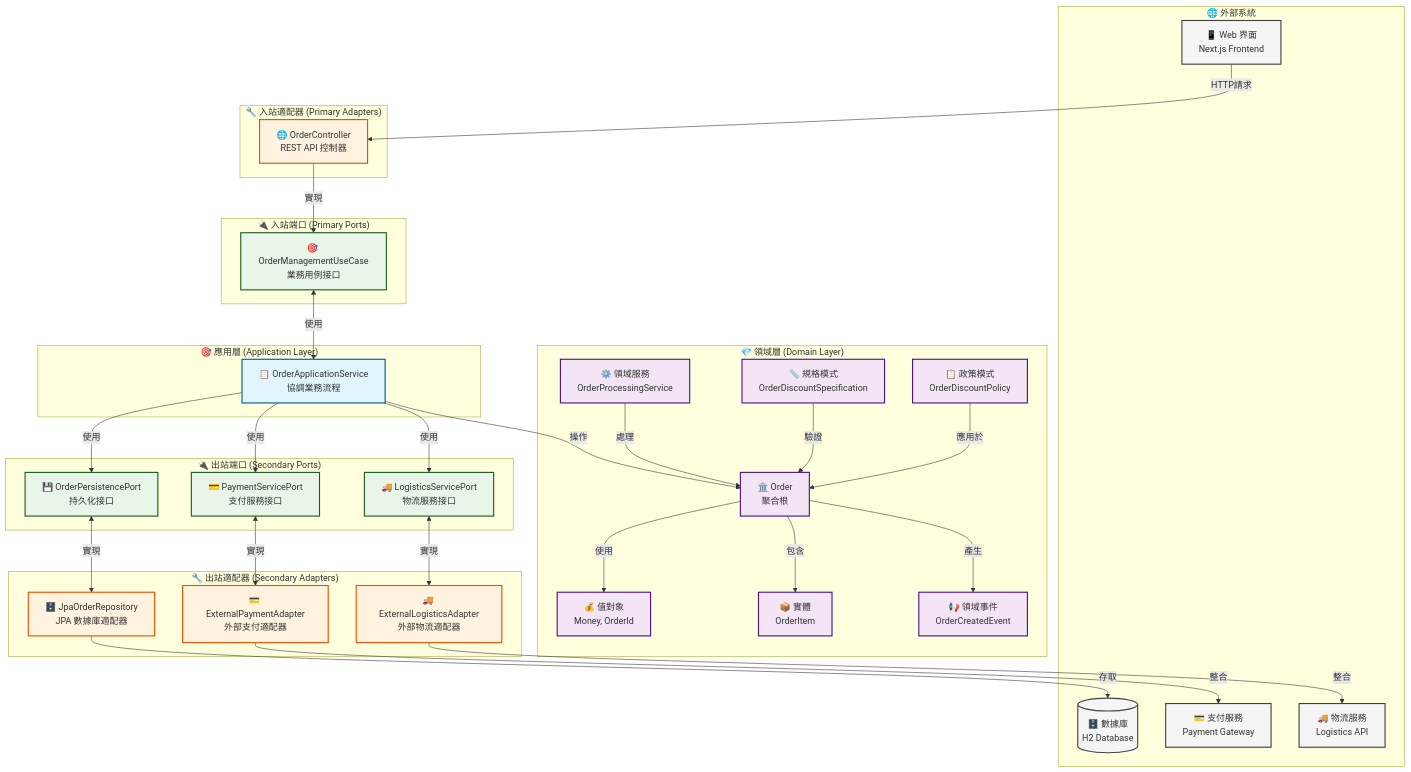
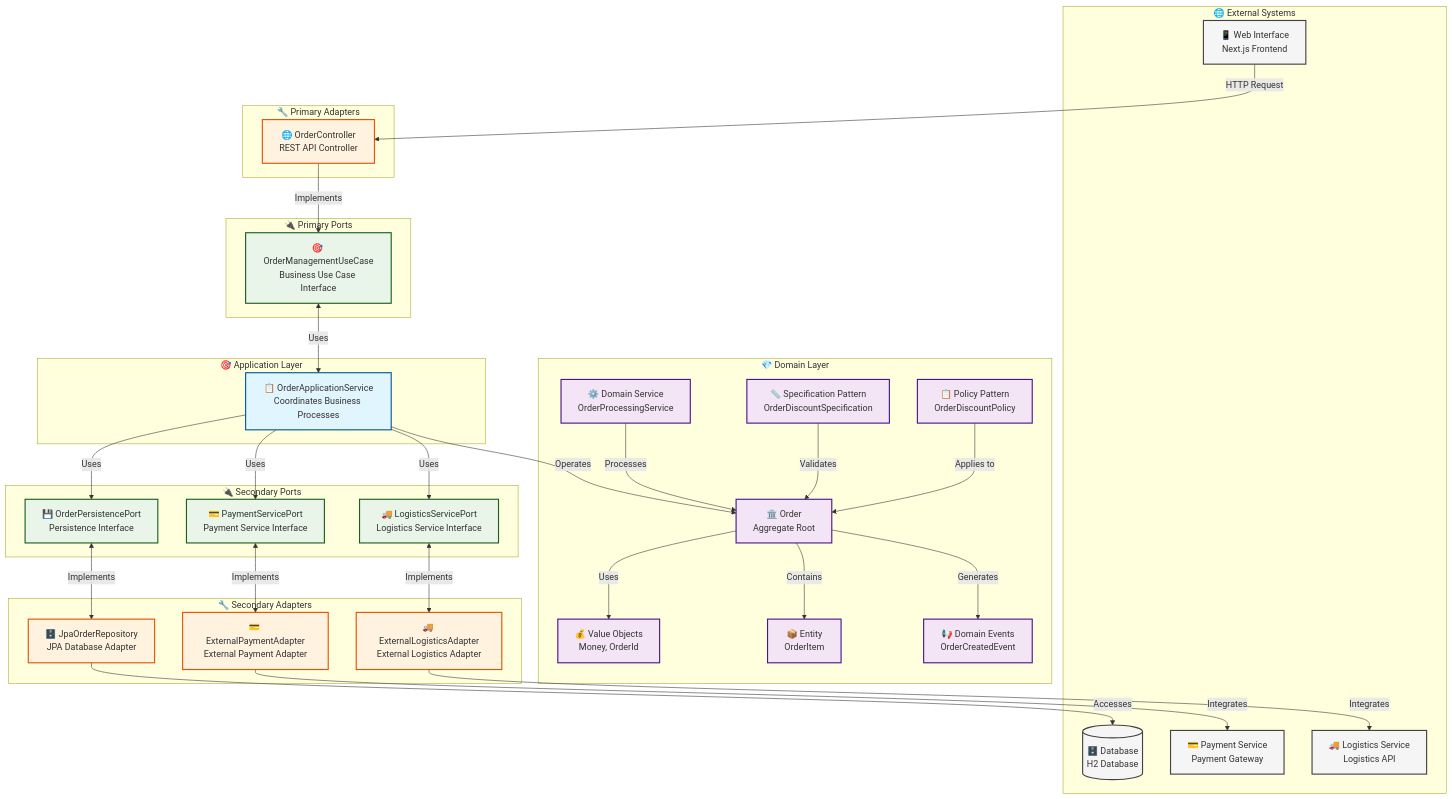
Before and after one commit to humank/genai-demo: the first of 5 diagrams in docs/architecture/overview.md, drawn with Mermaid. The commit also changed other lines of this file and 453 other files, not shown here.

First line of the commit message:
feat: Complete translation of key architecture and API documentation

````diff
--- a/docs/architecture/overview.md
+++ b/docs/architecture/overview.md
@@ -7,78 +7,78 @@
 ```mermaid
 graph TB
-    subgraph 外部系統 ["🌐 外部系統"]
-        UI[📱 Web 界面<br/>Next.js Frontend]
-        DB[(🗄️ 數據庫<br/>H2 Database)]
-        PS[💳 支付服務<br/>Payment Gateway]
-        LS[🚚 物流服務<br/>Logistics API]
+    subgraph 外部系統 ["🌐 External Systems"]
+        UI[📱 Web Interface<br/>Next.js Frontend]
+        DB[(🗄️ Database<br/>H2 Database)]
+        PS[💳 Payment Service<br/>Payment Gateway]
+        LS[🚚 Logistics Service<br/>Logistics API]
     end
     
-    subgraph 應用層 ["🎯 應用層 (Application Layer)"]
-        APPS[📋 OrderApplicationService<br/>協調業務流程]
+    subgraph 應用層 ["🎯 Application Layer"]
+        APPS[📋 OrderApplicationService<br/>Coordinates Business Processes]
     end
     
-    subgraph 領域層 ["💎 領域層 (Domain Layer)"]
-        AGG[🏛️ Order<br/>聚合根]
-        VO[💰 值對象<br/>Money, OrderId]
-        ENT[📦 實體<br/>OrderItem]
-        DOM_EVT[📢 領域事件<br/>OrderCreatedEvent]
-        DOM_SVC[⚙️ 領域服務<br/>OrderProcessingService]
-        SPEC[📏 規格模式<br/>OrderDiscountSpecification]
-        POLICY[📋 政策模式<br/>OrderDiscountPolicy]
+    subgraph 領域層 ["💎 Domain Layer"]
+        AGG[🏛️ Order<br/>Aggregate Root]
+        VO[💰 Value Objects<br/>Money, OrderId]
+        ENT[📦 Entity<br/>OrderItem]
+        DOM_EVT[📢 Domain Events<br/>OrderCreatedEvent]
+        DOM_SVC[⚙️ Domain Service<br/>OrderProcessingService]
+        SPEC[📏 Specification Pattern<br/>OrderDiscountSpecification]
+        POLICY[📋 Policy Pattern<br/>OrderDiscountPolicy]
     end
     
-    subgraph 入站端口 ["🔌 入站端口 (Primary Ports)"]
-        IP[🎯 OrderManagementUseCase<br/>業務用例接口]
+    subgraph 入站端口 ["🔌 Primary Ports"]
+        IP[🎯 OrderManagementUseCase<br/>Business Use Case Interface]
     end
     
-    subgraph 出站端口 ["🔌 出站端口 (Secondary Ports)"]
-        OP1[💾 OrderPersistencePort<br/>持久化接口]
-        OP2[💳 PaymentServicePort<br/>支付服務接口]
-        OP3[🚚 LogisticsServicePort<br/>物流服務接口]
+    subgraph 出站端口 ["🔌 Secondary Ports"]
+        OP1[💾 OrderPersistencePort<br/>Persistence Interface]
+        OP2[💳 PaymentServicePort<br/>Payment Service Interface]
+        OP3[🚚 LogisticsServicePort<br/>Logistics Service Interface]
     end
     
-    subgraph 入站適配器 ["🔧 入站適配器 (Primary Adapters)"]
-        IA[🌐 OrderController<br/>REST API 控制器]
+    subgraph 入站適配器 ["🔧 Primary Adapters"]
+        IA[🌐 OrderController<br/>REST API Controller]
     end
     
-    subgraph 出站適配器 ["🔧 出站適配器 (Secondary Adapters)"]
-        OA1[🗄️ JpaOrderRepository<br/>JPA 數據庫適配器]
-        OA2[💳 ExternalPaymentAdapter<br/>外部支付適配器]
-        OA3[🚚 ExternalLogisticsAdapter<br/>外部物流適配器]
+    subgraph 出站適配器 ["🔧 Secondary Adapters"]
+        OA1[🗄️ JpaOrderRepository<br/>JPA Database Adapter]
+        OA2[💳 ExternalPaymentAdapter<br/>External Payment Adapter]
+        OA3[🚚 ExternalLogisticsAdapter<br/>External Logistics Adapter]
     end
     
-    UI -->|HTTP請求| IA
-    IA -->|實現| IP
-    IP <-->|使用| APPS
-    APPS -->|操作| AGG
-    AGG -->|包含| ENT
-    AGG -->|使用| VO
-    AGG -->|產生| DOM_EVT
-    DOM_SVC -->|處理| AGG
-    SPEC -->|驗證| AGG
-    POLICY -->|應用於| AGG
+    UI -->|HTTP Request| IA
+    IA -->|Implements| IP
+    IP <-->|Uses| APPS
+    APPS -->|Operates| AGG
+    AGG -->|Contains| ENT
+    AGG -->|Uses| VO
+    AGG -->|Generates| DOM_EVT
+    DOM_SVC -->|Processes| AGG
+    SPEC -->|Validates| AGG
+    POLICY -->|Applies to| AGG
     
-    APPS -->|使用| OP1
-    APPS -->|使用| OP2
-    APPS -->|使用| OP3
+    APPS -->|Uses| OP1
+    APPS -->|Uses| OP2
+    APPS -->|Uses| OP3
     
-    OP1 <-->|實現| OA1
-    OP2 <-->|實現| OA2
-    OP3 <-->|實現| OA3
+    OP1 <-->|Implements| OA1
+    OP2 <-->|Implements| OA2
+    OP3 <-->|Implements| OA3
     
-    OA1 -->|存取| DB
-    OA2 -->|整合| PS
-    OA3 -->|整合| LS
+    OA1 -->|Accesses| DB
+    OA2 -->|Integrates| PS
+    OA3 -->|Integrates| LS
     
     classDef application fill:#e1f5fe,stroke:#01579b,stroke-width:2px
     classDef domain fill:#f3e5f5,stroke:#4a148c,stroke-width:2px
     classDef port fill:#e8f5e8,stroke:#1b5e20,stroke-width:2px
     classDef adapter fill:#fff3e0,stroke:#e65100,stroke-width:2px
     classDef external fill:#f5f5f5,stroke:#424242,stroke-width:2px
     
     class APPS application
     class AGG,VO,ENT,DOM_EVT,DOM_SVC,SPEC,POLICY domain
     class IP,OP1,OP2,OP3 port
     class IA,OA1,OA2,OA3 adapter
     class UI,DB,PS,LS external
 ```
````
